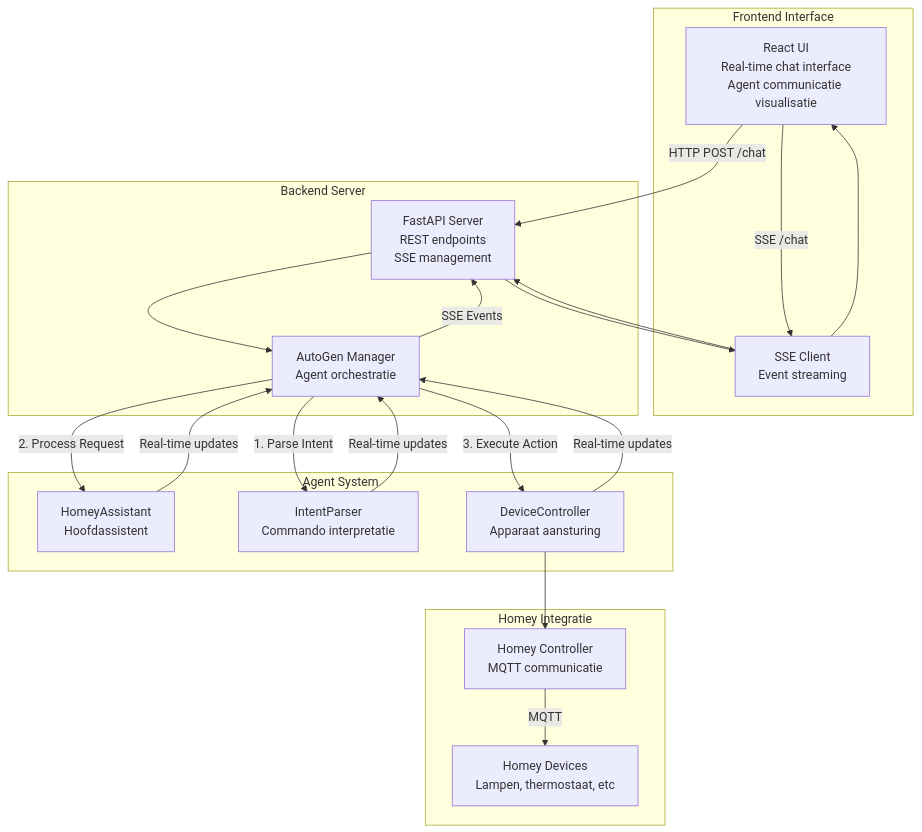
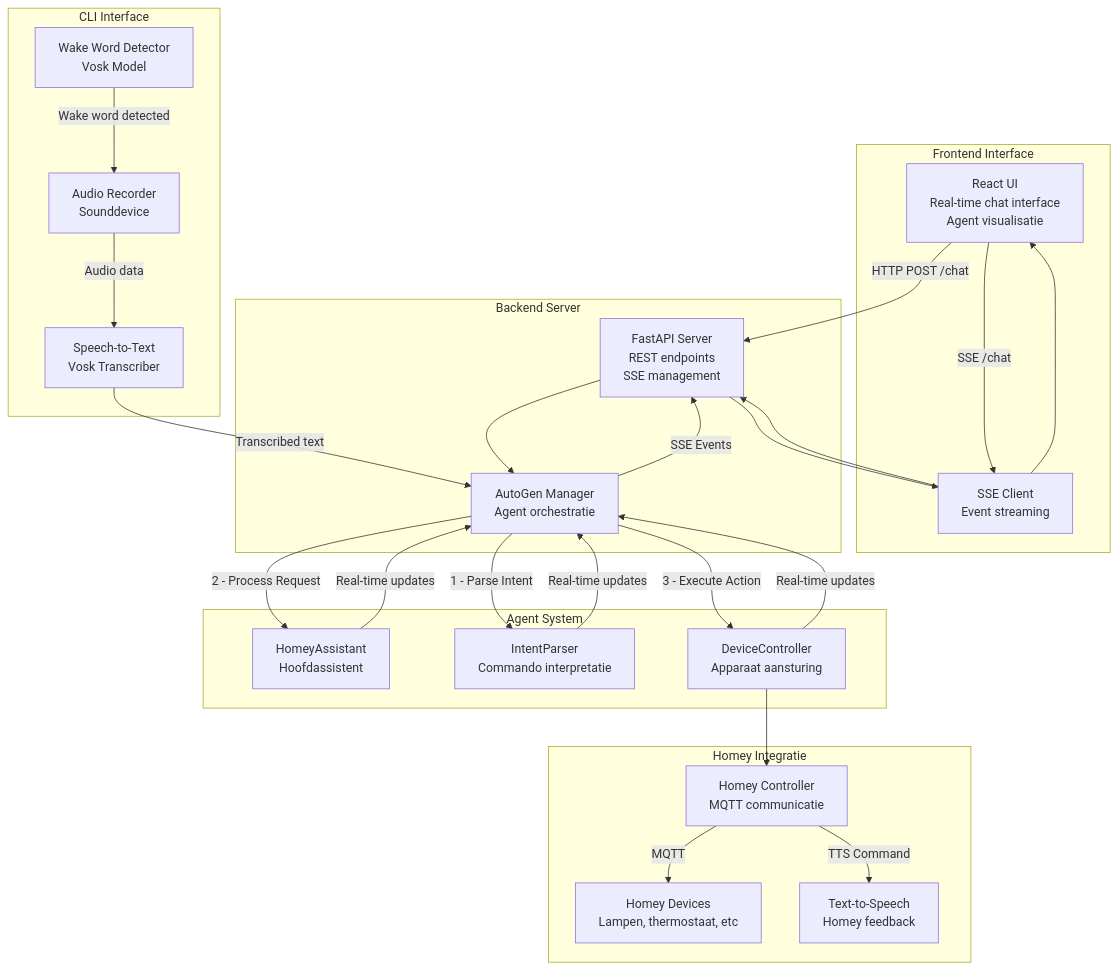
One commit to ramonankersmit/homeymind changed the diagram in README.md. Above: the diagram before and after it, drawn with Mermaid.

Commit message:
Add CLI voice architecture to mermaid diagram

````diff
--- a/README.md
+++ b/README.md
@@ -246,42 +246,59 @@
 ```mermaid
 graph TD
     subgraph Frontend["Frontend Interface"]
-        UI[React UI<br>Real-time chat interface<br>Agent communicatie visualisatie]
-        SSE[SSE Client<br>Event streaming]
+        UI["React UI<br>Real-time chat interface<br>Agent visualisatie"]
+        SSE["SSE Client<br>Event streaming"]
+    end
+
+    subgraph CLI["CLI Interface"]
+        WW["Wake Word Detector<br>Vosk Model"]
+        REC["Audio Recorder<br>Sounddevice"]
+        STT["Speech-to-Text<br>Vosk Transcriber"]
     end
 
     subgraph Backend["Backend Server"]
-        API[FastAPI Server<br>REST endpoints<br>SSE management]
-        AGM[AutoGen Manager<br>Agent orchestratie]
+        API["FastAPI Server<br>REST endpoints<br>SSE management"]
+        AGM["AutoGen Manager<br>Agent orchestratie"]
     end
 
     subgraph Agents["Agent System"]
-        HA[HomeyAssistant<br>Hoofdassistent]
-        IP[IntentParser<br>Commando interpretatie]
-        DC[DeviceController<br>Apparaat aansturing]
+        HA["HomeyAssistant<br>Hoofdassistent"]
+        IP["IntentParser<br>Commando interpretatie"]
+        DC["DeviceController<br>Apparaat aansturing"]
     end
 
     subgraph Homey["Homey Integratie"]
-        HC[Homey Controller<br>MQTT communicatie]
-        Devices[Homey Devices<br>Lampen, thermostaat, etc]
+        HC["Homey Controller<br>MQTT communicatie"]
+        Devices["Homey Devices<br>Lampen, thermostaat, etc"]
+        TTS["Text-to-Speech<br>Homey feedback"]
     end
 
+    %% Web Interface Flow
     UI --> |HTTP POST /chat| API
     UI --> |SSE /chat| SSE
     SSE --> API
-    
+
+    %% CLI Voice Flow
+    WW --> |Wake word detected| REC
+    REC --> |Audio data| STT
+    STT --> |Transcribed text| AGM
+
+    %% Agent Flow
     API --> AGM
-    AGM --> |1. Parse Intent| IP
-    AGM --> |2. Process Request| HA
-    AGM --> |3. Execute Action| DC
-    
+    AGM --> |1 - Parse Intent| IP
+    AGM --> |2 - Process Request| HA
+    AGM --> |3 - Execute Action| DC
+
+    %% Homey Integration
     DC --> HC
     HC --> |MQTT| Devices
+    HC --> |TTS Command| TTS
 
+    %% Real-time Updates
     IP --> |Real-time updates| AGM
     HA --> |Real-time updates| AGM
     DC --> |Real-time updates| AGM
     AGM --> |SSE Events| API
     API --> SSE
     SSE --> UI
 ```
````
